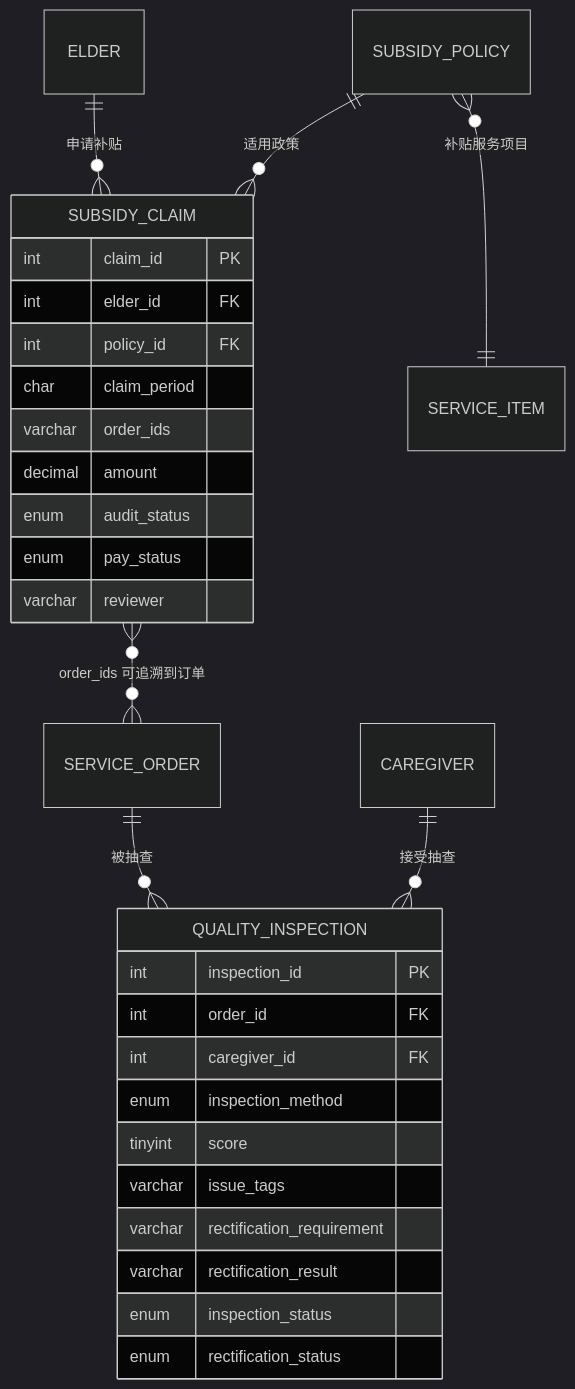
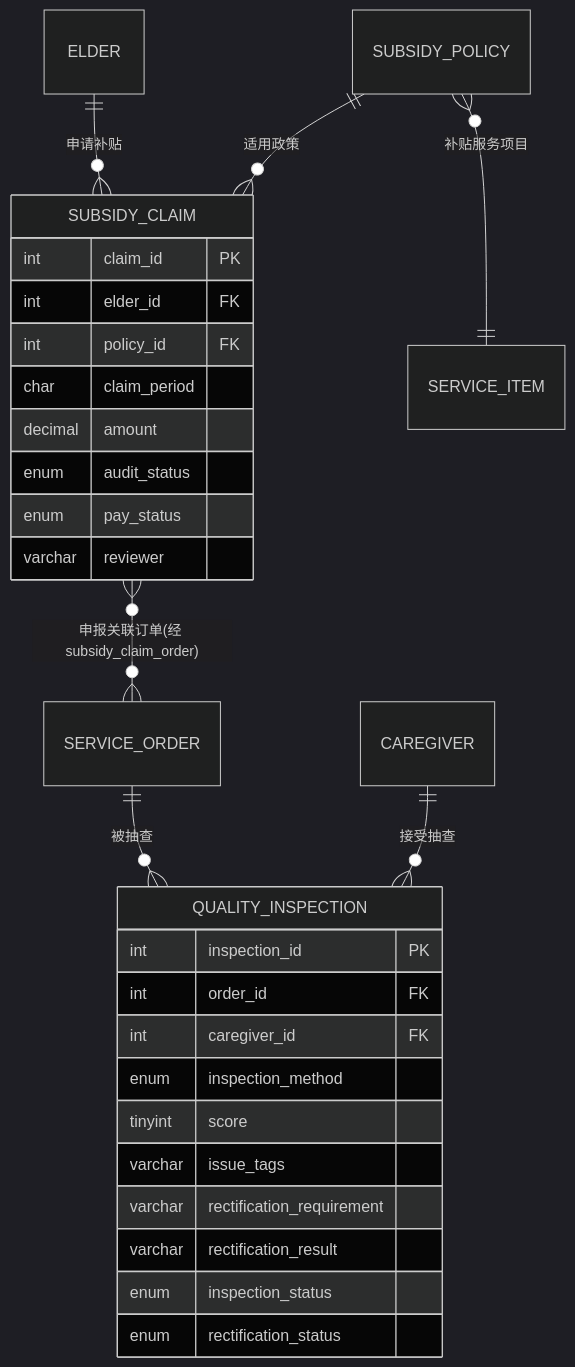
The diagram in 文档/线5_补贴与质量监管_设计说明.md (kunfeng327/database), drawn with Mermaid (dark theme) before and after one commit. The commit also changed other lines of this file and 6 other files, not shown here.

````diff
--- a/文档/线5_补贴与质量监管_设计说明.md
+++ b/文档/线5_补贴与质量监管_设计说明.md
@@ -7,34 +7,33 @@
 ```mermaid
 erDiagram
     ELDER ||--o{ SUBSIDY_CLAIM : "申请补贴"
     SUBSIDY_POLICY ||--o{ SUBSIDY_CLAIM : "适用政策"
     SERVICE_ORDER ||--o{ QUALITY_INSPECTION : "被抽查"
     CAREGIVER ||--o{ QUALITY_INSPECTION : "接受抽查"
-    SUBSIDY_CLAIM }o--o{ SERVICE_ORDER : "order_ids 可追溯到订单"
+    SUBSIDY_CLAIM }o--o{ SERVICE_ORDER : "申报关联订单(经 subsidy_claim_order)"
     SUBSIDY_POLICY }o--|| SERVICE_ITEM : "补贴服务项目"
 
     SUBSIDY_CLAIM {
         int claim_id PK
         int elder_id FK
         int policy_id FK
         char claim_period
-        varchar order_ids
         decimal amount
         enum audit_status
         enum pay_status
         varchar reviewer
     }
 
     QUALITY_INSPECTION {
         int inspection_id PK
         int order_id FK
         int caregiver_id FK
         enum inspection_method
         tinyint score
         varchar issue_tags
         varchar rectification_requirement
         varchar rectification_result
         enum inspection_status
         enum rectification_status
     }
 ```
````
